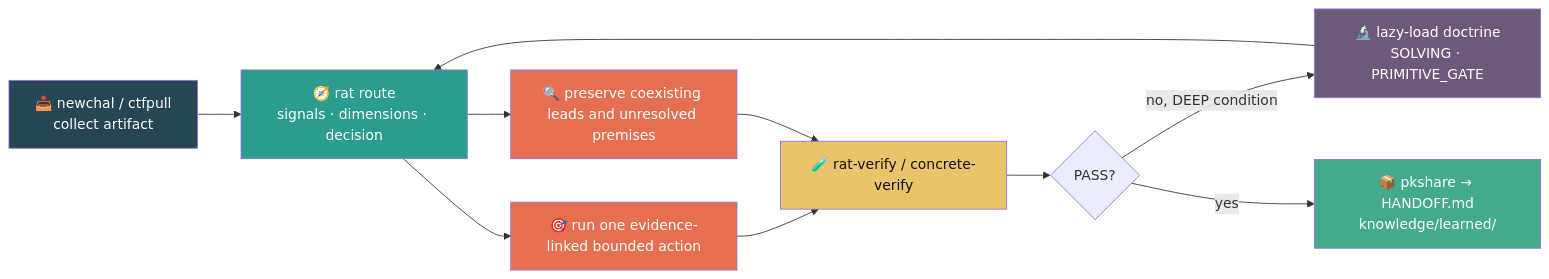
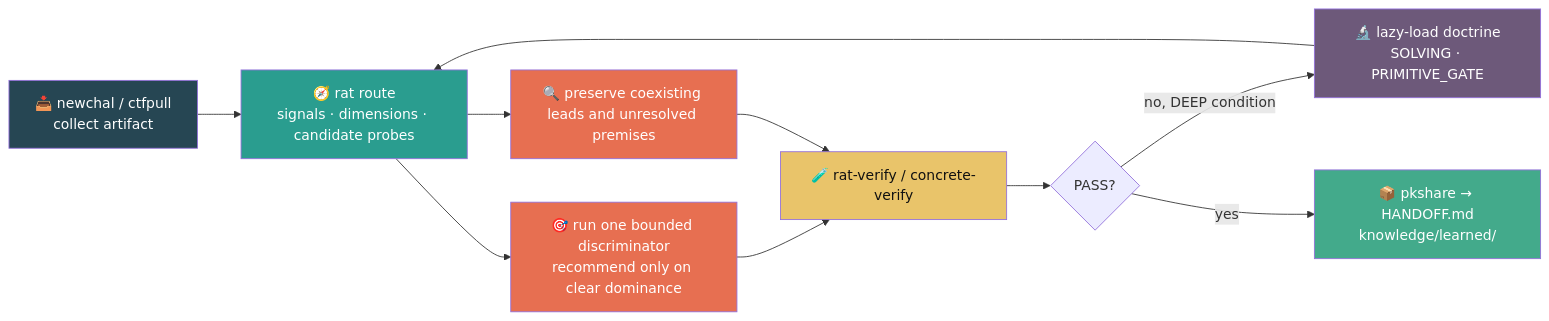
The diagram in README.md (b0nsu/CTF-Rat), drawn with Mermaid before and after one commit. The commit also changed other lines of this file, not shown here.

Commit message:
docs(router): describe candidate-probe routing

````diff
--- a/README.md
+++ b/README.md
@@ -68,20 +68,20 @@
 ```mermaid
 flowchart LR
-    A["📥 newchal / ctfpull<br/>collect artifact"] --> B["🧭 rat route<br/>signals · dimensions · decision"]
-    B --> D["🎯 run one evidence-linked bounded action"]
+    A["📥 newchal / ctfpull<br/>collect artifact"] --> B["🧭 rat route<br/>signals · dimensions · candidate probes"]
+    B --> D["🎯 run one bounded discriminator<br/>recommend only on clear dominance"]
     B --> E["🔍 preserve coexisting leads and unresolved premises"]
     D --> F["🧪 rat-verify / concrete-verify"]
     E --> F
     F --> G{"PASS?"}
     G -->|no, DEEP condition| H["🔬 lazy-load doctrine<br/>SOLVING · PRIMITIVE_GATE"]
     H --> B
     G -->|yes| I["📦 pkshare → HANDOFF.md<br/>knowledge/learned/"]
 
     style A fill:#264653,color:#fff
     style B fill:#2a9d8f,color:#fff
     style D fill:#e76f51,color:#fff
     style E fill:#e76f51,color:#fff
     style F fill:#e9c46a,color:#111
     style H fill:#6d597a,color:#fff
     style I fill:#43aa8b,color:#fff
 ```
````
